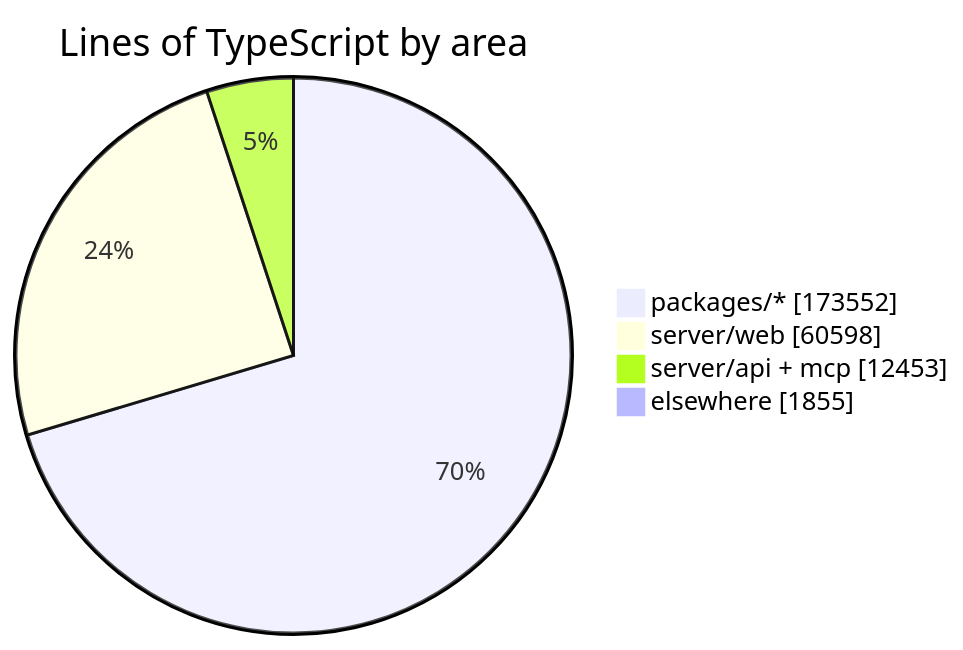
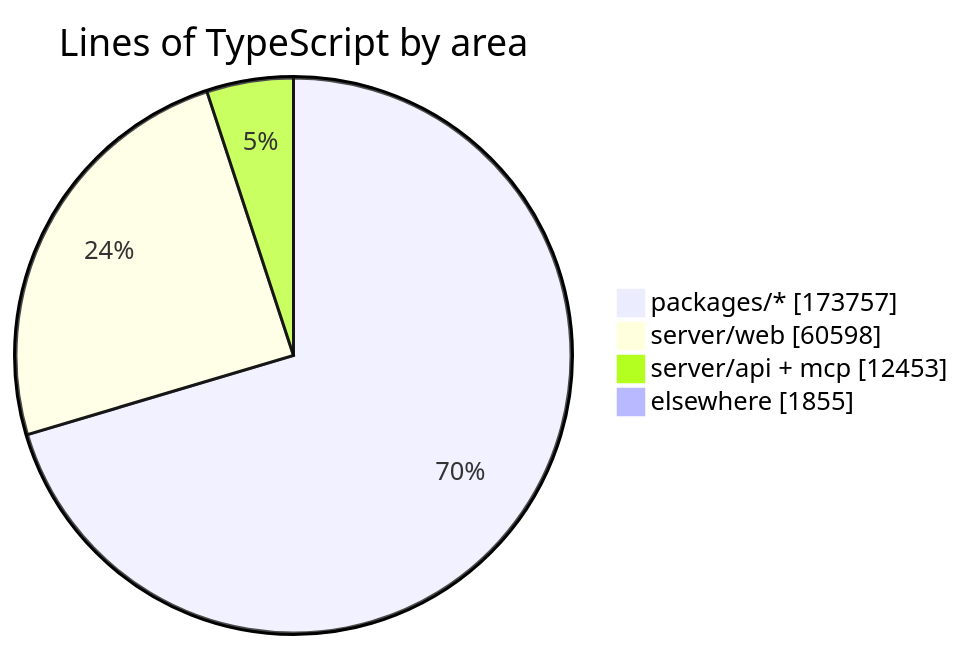
Before and after one commit to crossworks-engineering/mantle: the diagram in README.md, drawn with Mermaid. The commit also changed other lines of this file and 2 other files, not shown here.

````diff
--- a/README.md
+++ b/README.md
@@ -279,7 +279,7 @@
 ```mermaid
 pie showData title Lines of TypeScript by area
-    "packages/*" : 173552
+    "packages/*" : 173757
     "server/web" : 60598
     "server/api + mcp" : 12453
     "elsewhere" : 1855
 ```
````
